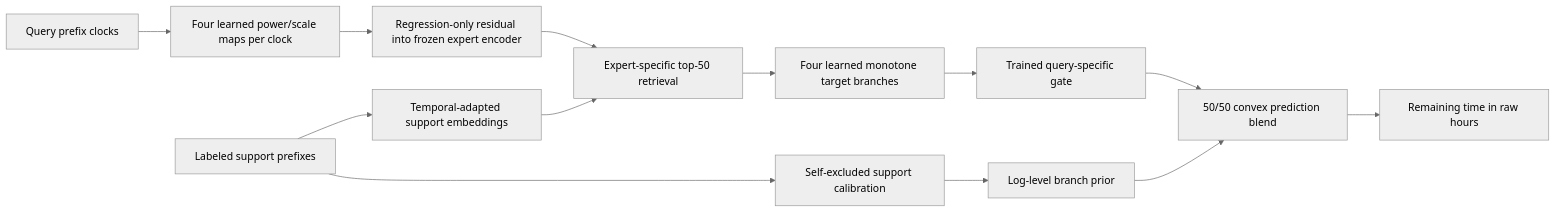
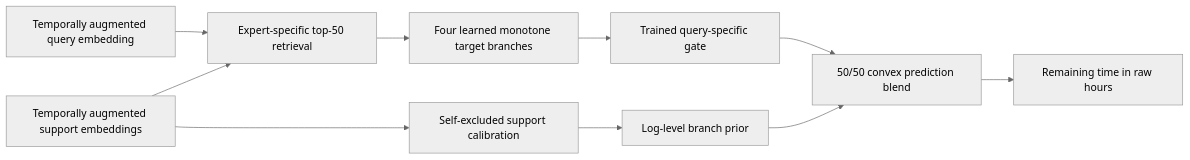
One commit to fit-alessandro-berti/events-transf3 changed the second of 2 diagrams in paper_docs/fmv3_architecture_changes.md. Above: the diagram before and after it, drawn with Mermaid (neutral theme). The commit also changed other lines of this file and 129 other files, not shown here.

````diff
--- a/paper_docs/fmv3_architecture_changes.md
+++ b/paper_docs/fmv3_architecture_changes.md
@@ -85,15 +94,12 @@
 ```mermaid
 flowchart LR
-    Q[Query prefix clocks] --> I[Four learned power/scale maps per clock]
-    I --> E[Regression-only residual into frozen expert encoder]
-    S[Labeled support prefixes] --> SE[Temporal-adapted support embeddings]
-    E --> R[Expert-specific top-50 retrieval]
-    SE --> R
+    Q[Temporally augmented query embedding] --> R[Expert-specific top-50 retrieval]
+    S[Temporally augmented support embeddings] --> R
     R --> B[Four learned monotone target branches]
     B --> D[Trained query-specific gate]
     S --> C[Self-excluded support calibration]
     C --> P[Log-level branch prior]
     D --> M[50/50 convex prediction blend]
     P --> M
     M --> H[Remaining time in raw hours]
 ```
````
